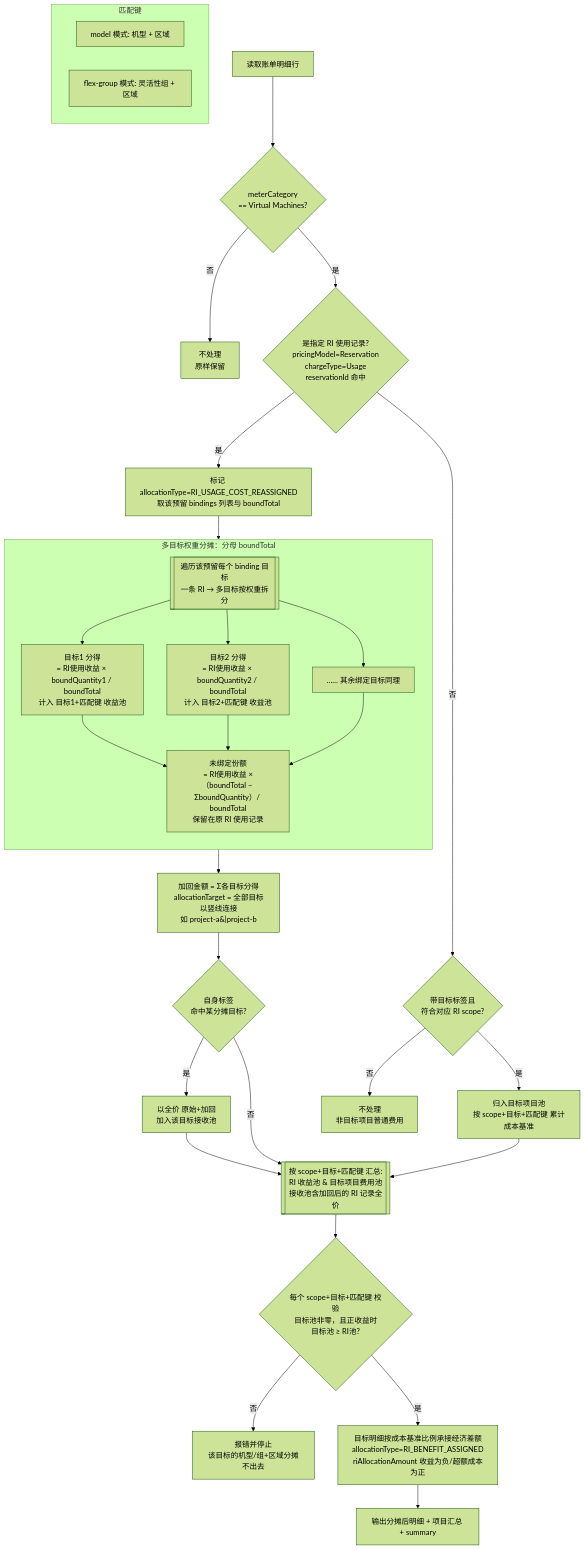
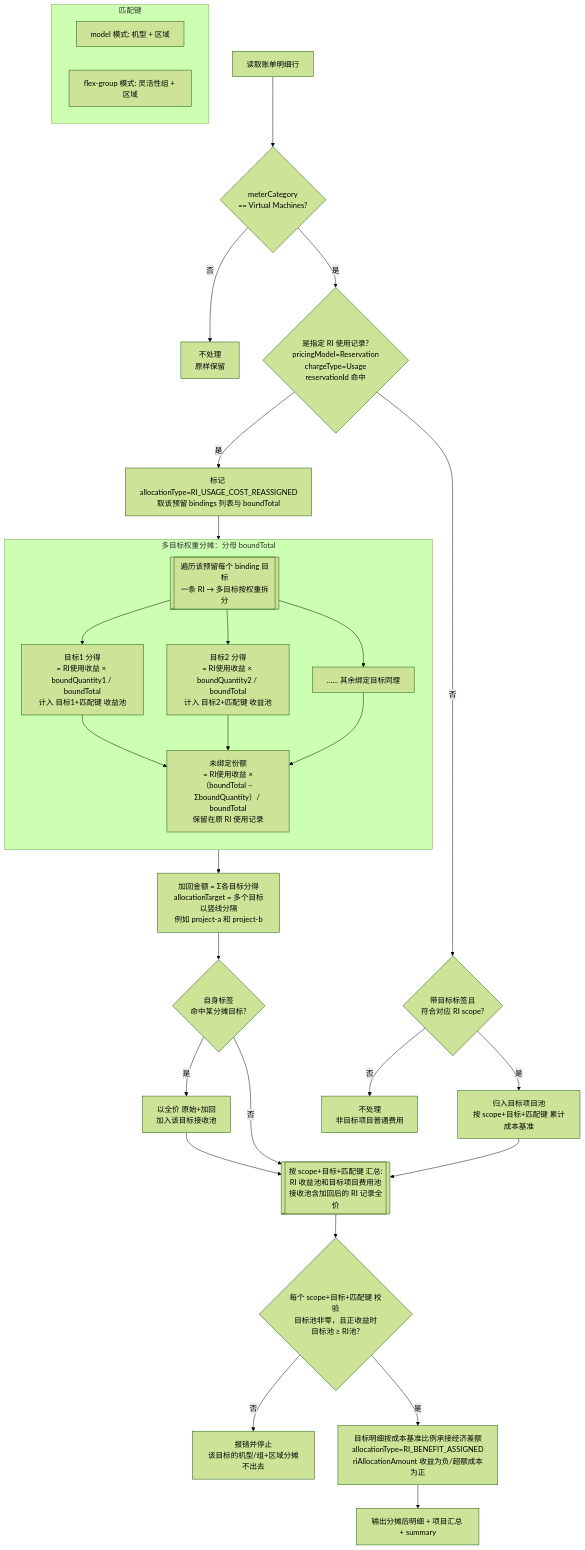
The third of 3 diagrams in ri-reallocation/RI经济责任重新分摊说明.md (lprincewhn/azureops), drawn with Mermaid (forest theme) before and after one commit.

Commit message:
ri-reallocation: fix allocation flowchart parsing

````diff
--- a/ri-reallocation/RI经济责任重新分摊说明.md
+++ b/ri-reallocation/RI经济责任重新分摊说明.md
@@ -156,42 +156,42 @@
 ```mermaid
 flowchart TD
     A[读取账单明细行] --> B{meterCategory<br/>== Virtual Machines?}
     B -- 否 --> Z[不处理<br/>原样保留]
     B -- 是 --> C{是指定 RI 使用记录?<br/>pricingModel=Reservation<br/>chargeType=Usage<br/>reservationId 命中}
 
     C -- 是 --> E[标记 allocationType=RI_USAGE_COST_REASSIGNED<br/>取该预留 bindings 列表与 boundTotal]
     E --> SPLIT[[遍历该预留每个 binding 目标<br/>一条 RI → 多目标按权重拆分]]
 
     subgraph FANOUT[多目标权重分摊：分母 boundTotal]
       direction TB
       SPLIT --> W1[目标1 分得<br/>= RI使用收益 × boundQuantity1 / boundTotal<br/>计入 目标1+匹配键 收益池]
       SPLIT --> W2[目标2 分得<br/>= RI使用收益 × boundQuantity2 / boundTotal<br/>计入 目标2+匹配键 收益池]
       SPLIT --> Wd[…… 其余绑定目标同理]
       W1 --> REM
       W2 --> REM
       Wd --> REM[未绑定份额<br/>= RI使用收益 ×（boundTotal − ΣboundQuantity）/ boundTotal<br/>保留在原 RI 使用记录]
     end
 
-    REM --> LBL[加回金额 = Σ各目标分得<br/>allocationTarget = 全部目标以竖线连接<br/>如 project-a&#124;project-b]
+    REM --> LBL["加回金额 = Σ各目标分得<br/>allocationTarget = 多个目标以竖线分隔<br/>例如 project-a 和 project-b"]
     LBL --> SELF{自身标签<br/>命中某分摊目标?}
     SELF -- 是 --> SELFP[以全价 原始+加回<br/>加入该目标接收池]
     SELF -- 否 --> H
     SELFP --> H
 
     C -- 否 --> F{带目标标签且<br/>符合对应 RI scope?}
     F -- 否 --> Z3[不处理<br/>非目标项目普通费用]
     F -- 是 --> G[归入目标项目池<br/>按 scope+目标+匹配键 累计成本基准]
 
-    H[[按 scope+目标+匹配键 汇总:<br/>RI 收益池 & 目标项目费用池<br/>接收池含加回后的 RI 记录全价]]
+    H[[按 scope+目标+匹配键 汇总:<br/>RI 收益池和目标项目费用池<br/>接收池含加回后的 RI 记录全价]]
     G --> H
     H --> I{每个 scope+目标+匹配键 校验<br/>目标池非零，且正收益时<br/>目标池 ≥ RI池?}
     I -- 否 --> X[报错并停止<br/>该目标的机型/组+区域分摊不出去]
     I -- 是 --> J[目标明细按成本基准比例承接经济差额<br/>allocationType=RI_BENEFIT_ASSIGNED<br/>riAllocationAmount 收益为负/超额成本为正]
     J --> K[输出分摊后明细 + 项目汇总 + summary]
 
     subgraph K1[匹配键]
       direction LR
       M1["model 模式: 机型 + 区域"]
       M2["flex-group 模式: 灵活性组 + 区域"]
     end
 ```
````
